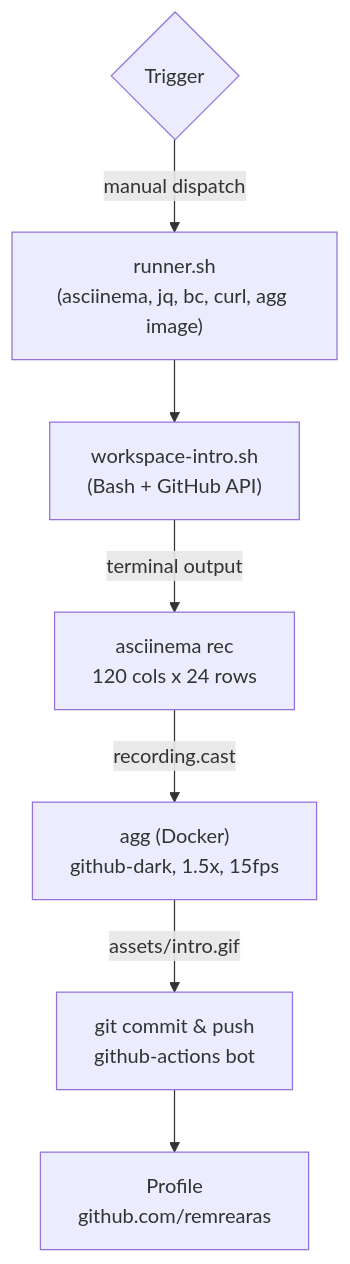
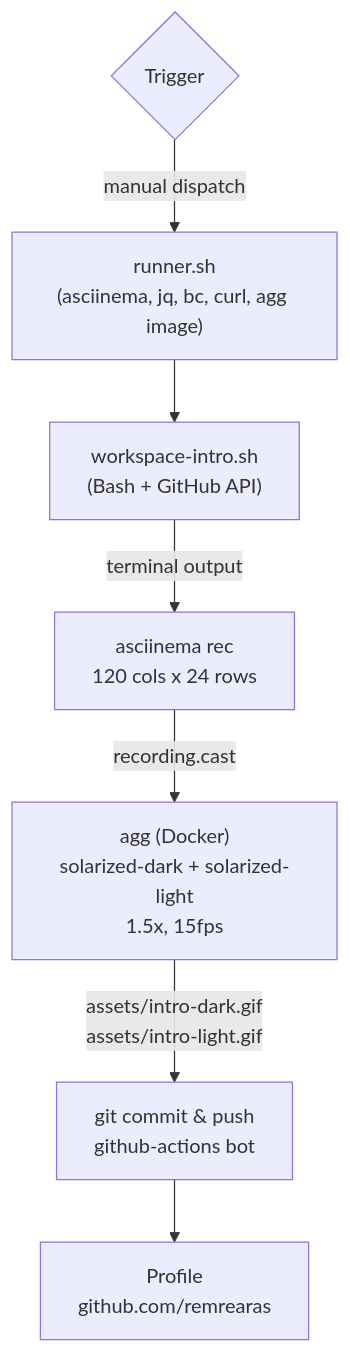
The diagram in README.md (remrearas/.github), drawn with Mermaid before and after one commit. The commit also changed other lines of this file and 5 other files, not shown here.

Commit message:
Add solarized dark/light intro variants and ARTEK logo to profile

````diff
--- a/README.md
+++ b/README.md
@@ -14,10 +14,10 @@
 ```mermaid
 flowchart TD
     T{"Trigger"} -->|manual dispatch| R
     R["runner.sh<br>(asciinema, jq, bc, curl, agg image)"] --> A
     A["workspace-intro.sh<br>(Bash + GitHub API)"] -->|terminal output| B
     B["asciinema rec<br>120 cols x 24 rows"] -->|recording.cast| C
-    C["agg (Docker)<br>github-dark, 1.5x, 15fps"] -->|assets/intro.gif| D
+    C["agg (Docker)<br>solarized-dark + solarized-light<br>1.5x, 15fps"] -->|assets/intro-dark.gif<br>assets/intro-light.gif| D
     D["git commit & push<br>github-actions bot"] --> E
     E["Profile<br>github.com/remrearas"]
 ```
````
